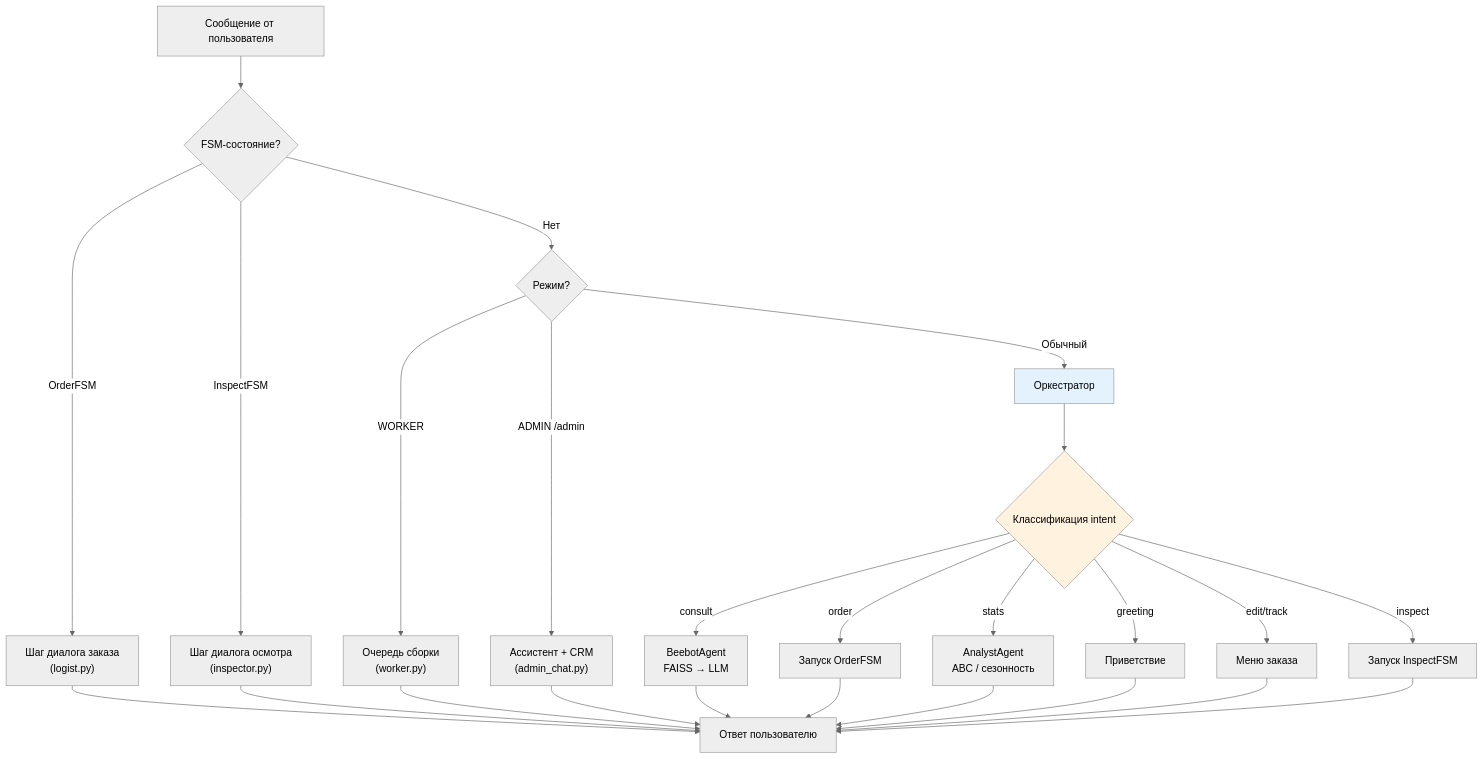
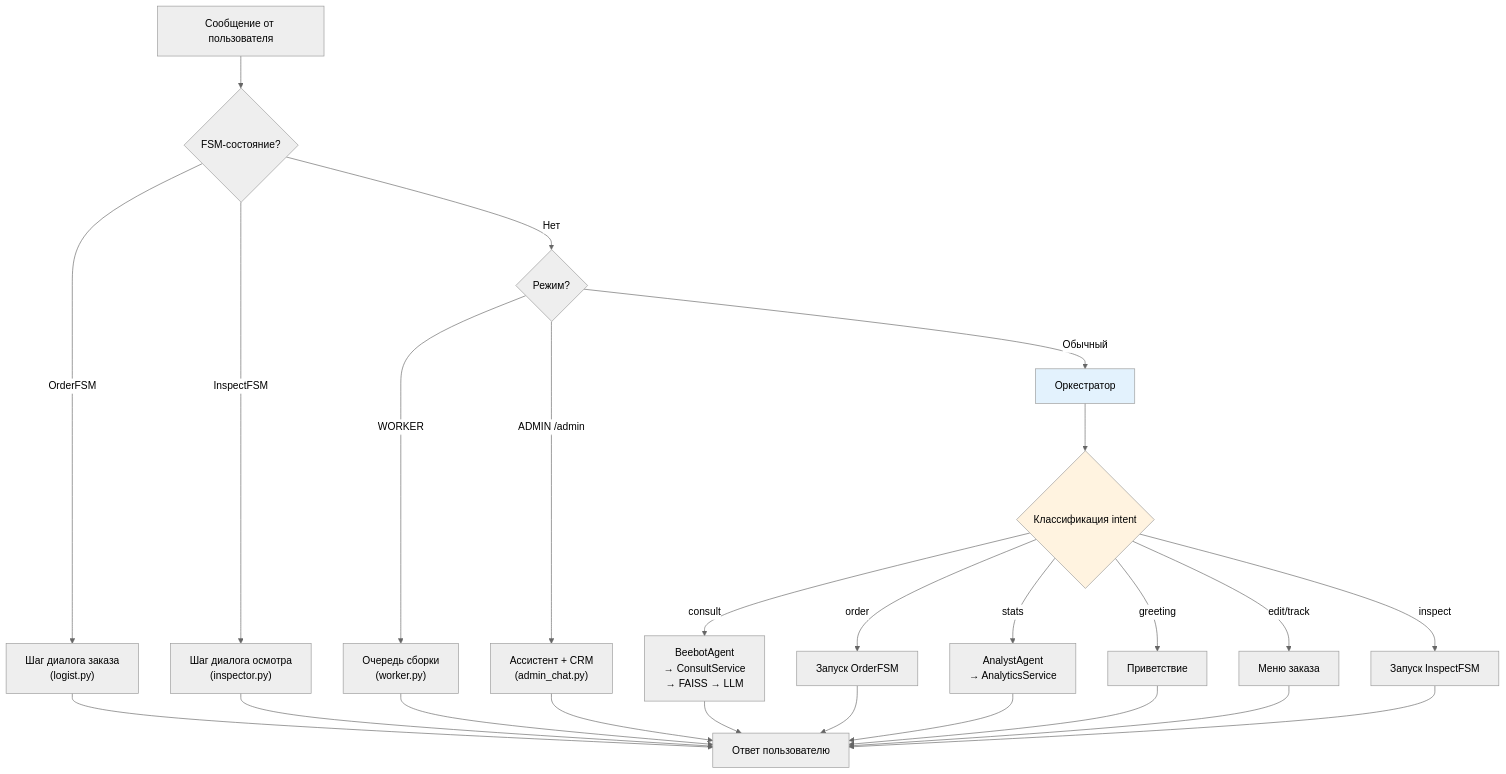
One commit to unidel2035/BEEBOT changed the third of 13 diagrams in docs/architecture.md. Above: the diagram before and after it, drawn with Mermaid (neutral theme). The commit also changed other lines of this file and 25 other files, not shown here.

````diff
--- a/docs/architecture.md
+++ b/docs/architecture.md
@@ -64,27 +143,27 @@
 ```mermaid
 flowchart TD
     MSG["Сообщение от пользователя"] --> FSM{"FSM-состояние?"}
 
     FSM -->|"OrderFSM"| ORDER_FSM["Шаг диалога заказа<br/>(logist.py)"]
     FSM -->|"InspectFSM"| INSPECT_FSM["Шаг диалога осмотра<br/>(inspector.py)"]
     FSM -->|"Нет"| MODE{"Режим?"}
 
     MODE -->|"WORKER"| WORKER["Очередь сборки<br/>(worker.py)"]
     MODE -->|"ADMIN /admin"| ADMIN["Ассистент + CRM<br/>(admin_chat.py)"]
     MODE -->|"Обычный"| ORCH["Оркестратор"]
 
     ORCH --> CLASSIFY{"Классификация intent"}
 
-    CLASSIFY -->|"consult"| BEEBOT["BeebotAgent<br/>FAISS → LLM"]
+    CLASSIFY -->|"consult"| BEEBOT["BeebotAgent<br/>→ ConsultService<br/>→ FAISS → LLM"]
     CLASSIFY -->|"order"| START_FSM["Запуск OrderFSM"]
-    CLASSIFY -->|"stats"| ANALYST["AnalystAgent<br/>ABC / сезонность"]
+    CLASSIFY -->|"stats"| ANALYST["AnalystAgent<br/>→ AnalyticsService"]
     CLASSIFY -->|"greeting"| GREET["Приветствие"]
     CLASSIFY -->|"edit/track"| MENU["Меню заказа"]
     CLASSIFY -->|"inspect"| START_INSPECT["Запуск InspectFSM"]
 
     BEEBOT --> RESPONSE["Ответ пользователю"]
     ORDER_FSM & INSPECT_FSM & WORKER & ADMIN & START_FSM & ANALYST & GREET & MENU & START_INSPECT --> RESPONSE
 
     style ORCH fill:#e3f2fd
     style CLASSIFY fill:#fff3e0
 ```
````
